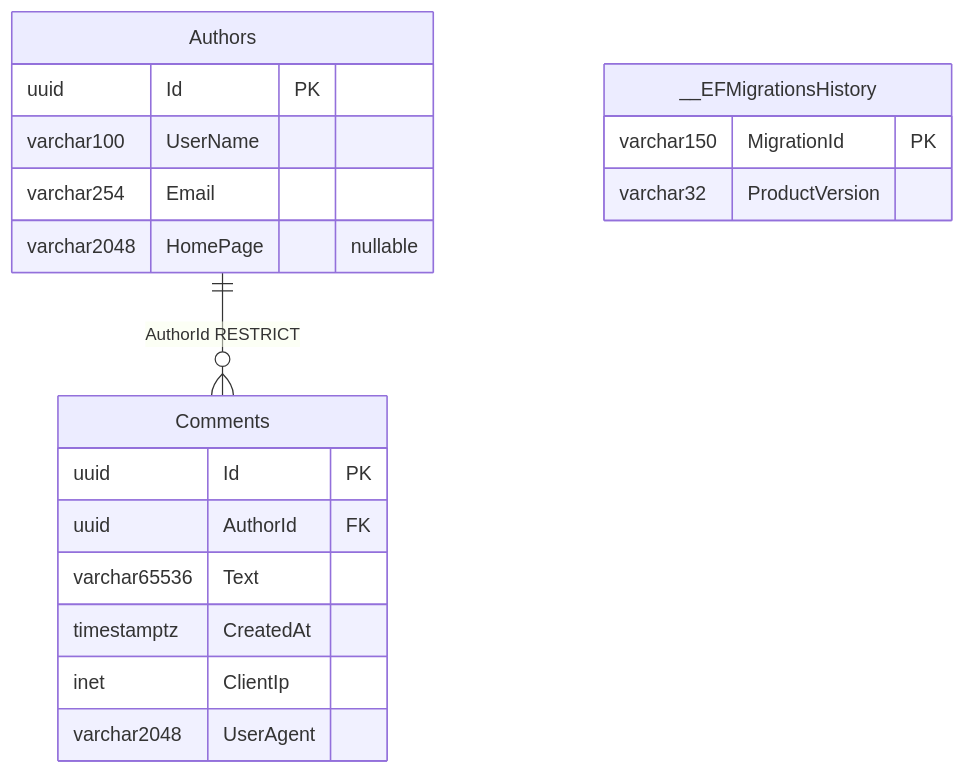
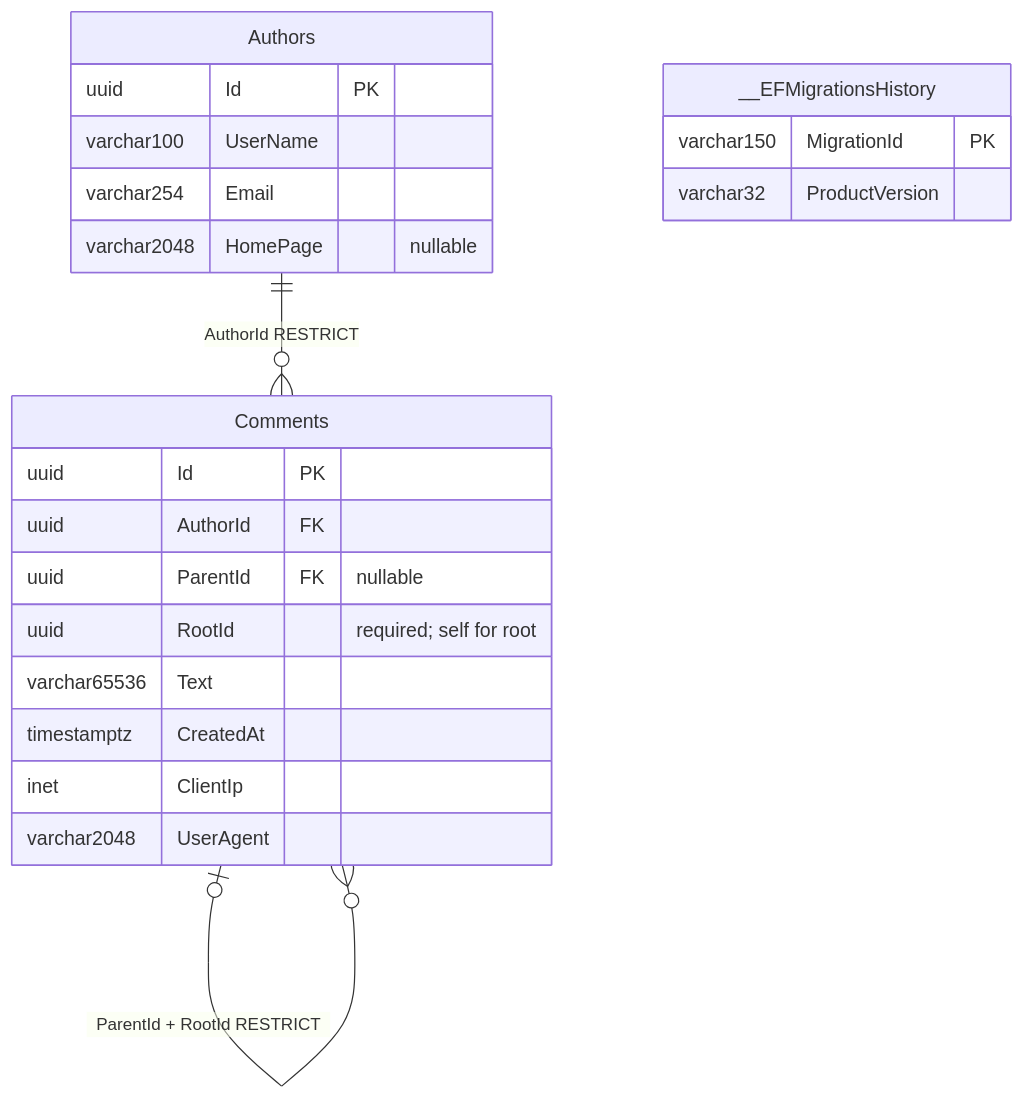
Before and after one commit to avysotsky/CommentsService: the first of 2 diagrams in docs/database/SCHEMA.md, drawn with Mermaid. The commit also changed other lines of this file and 46 other files, not shown here.

````diff
--- a/docs/database/SCHEMA.md
+++ b/docs/database/SCHEMA.md
@@ -101,22 +107,25 @@
 ```mermaid
 erDiagram
     Authors ||--o{ Comments : "AuthorId RESTRICT"
+    Comments o|--o{ Comments : "ParentId + RootId RESTRICT"
     Authors {
         uuid Id PK
         varchar100 UserName
         varchar254 Email
         varchar2048 HomePage "nullable"
     }
     Comments {
         uuid Id PK
         uuid AuthorId FK
+        uuid ParentId FK "nullable"
+        uuid RootId "required; self for root"
         varchar65536 Text
         timestamptz CreatedAt
         inet ClientIp
         varchar2048 UserAgent
     }
     __EFMigrationsHistory {
         varchar150 MigrationId PK
         varchar32 ProductVersion
     }
 ```
````
